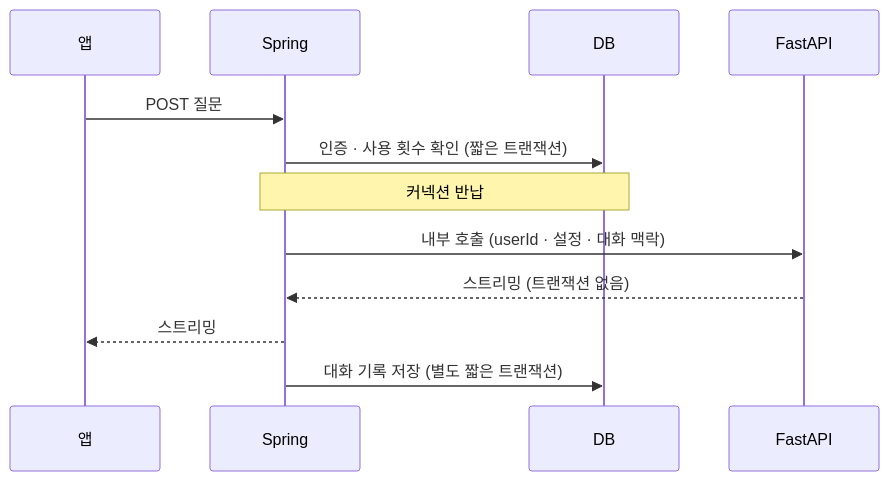
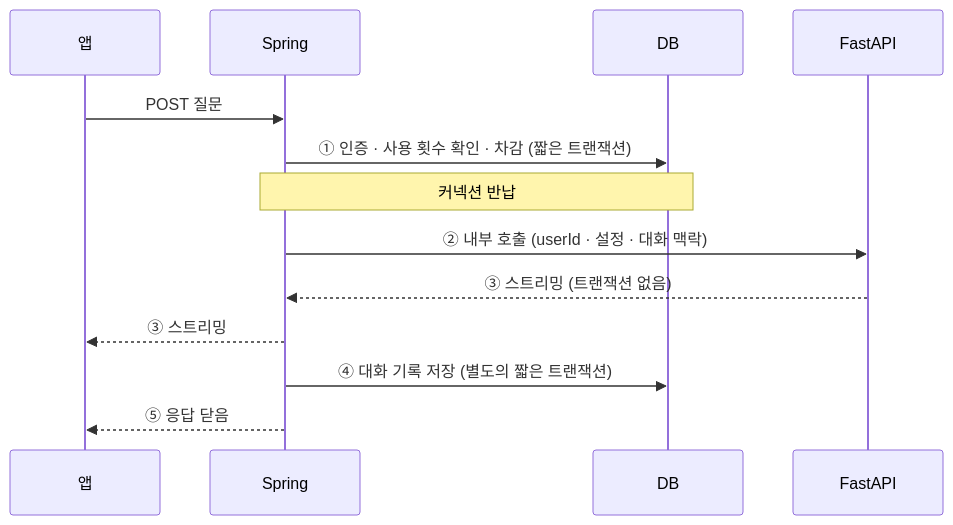
One commit to Team-STORIX/STORIX-AI changed the second of 2 diagrams in docs/serving.md. Above: the diagram before and after it, drawn with Mermaid. The commit also changed other lines of this file and 9 other files, not shown here.

````diff
--- a/docs/serving.md
+++ b/docs/serving.md
@@ -23,14 +45,15 @@
 ```mermaid
 sequenceDiagram
   participant App as 앱
   participant SP as Spring
   participant DB as DB
   participant FA as FastAPI
   App->>SP: POST 질문
-  SP->>DB: 인증 · 사용 횟수 확인 (짧은 트랜잭션)
+  SP->>DB: ① 인증 · 사용 횟수 확인 · 차감 (짧은 트랜잭션)
   Note over SP,DB: 커넥션 반납
-  SP->>FA: 내부 호출 (userId · 설정 · 대화 맥락)
-  FA-->>SP: 스트리밍 (트랜잭션 없음)
-  SP-->>App: 스트리밍
-  SP->>DB: 대화 기록 저장 (별도 짧은 트랜잭션)
+  SP->>FA: ② 내부 호출 (userId · 설정 · 대화 맥락)
+  FA-->>SP: ③ 스트리밍 (트랜잭션 없음)
+  SP-->>App: ③ 스트리밍
+  SP->>DB: ④ 대화 기록 저장 (별도의 짧은 트랜잭션)
+  SP-->>App: ⑤ 응답 닫음
 ```
````
